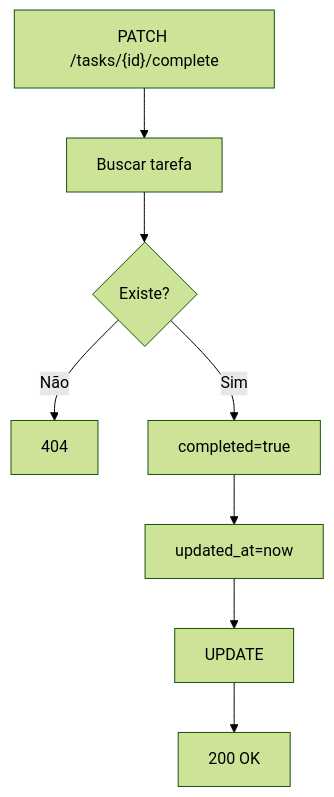
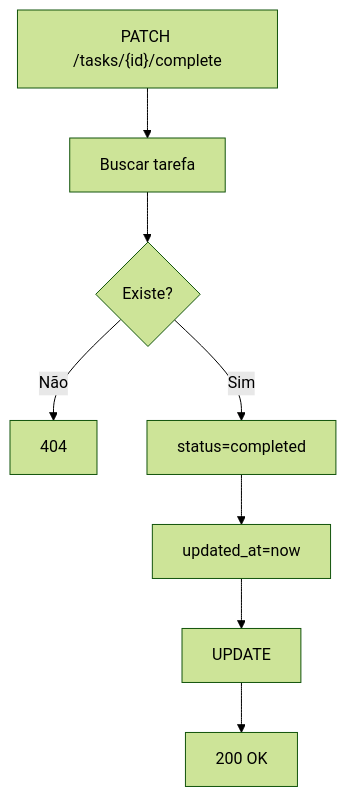
Before and after one commit to vilainricardo/AVA_TaskFlowAPI: the fifth of 9 diagrams in docs/sad_task_flow_api_enterprise.md, drawn with Mermaid (forest theme). The commit also changed other lines of this file and 18 other files, not shown here.

````diff
--- a/docs/sad_task_flow_api_enterprise.md
+++ b/docs/sad_task_flow_api_enterprise.md
@@ -150,10 +150,10 @@
 ```mermaid
 flowchart TD
 A["PATCH /tasks/{id}/complete"] --> B[Buscar tarefa]
 B --> C{Existe?}
 C -- Não --> D[404]
-C -- Sim --> E[completed=true]
+C -- Sim --> E[status=completed]
 E --> F[updated_at=now]
 F --> G[UPDATE]
 G --> H[200 OK]
 ```
````
